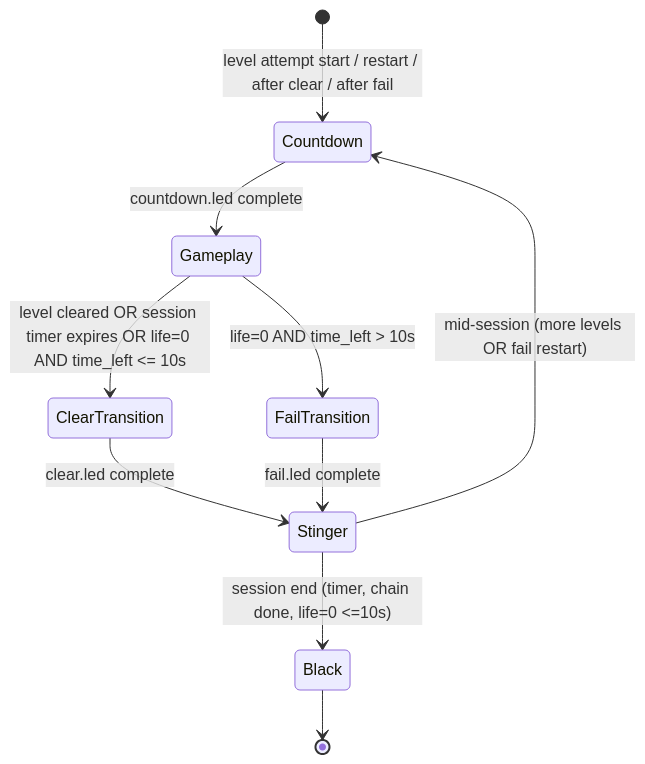
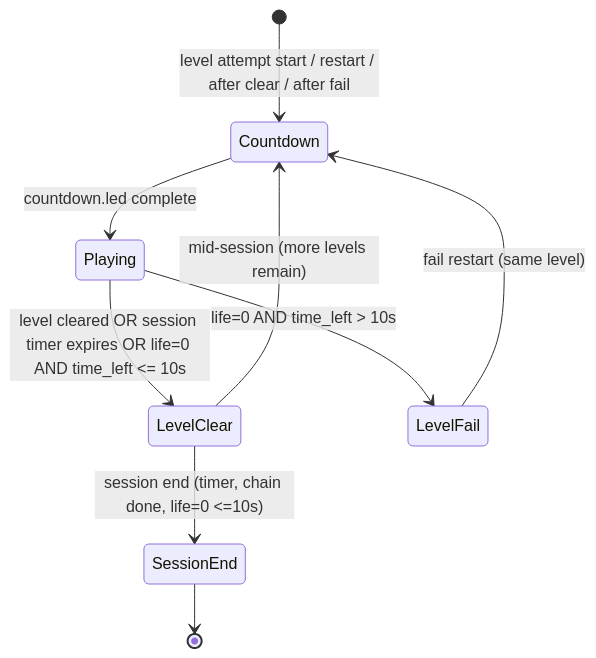
Before and after one commit to LedVerseGameSimulators/led-laser: the diagram in docs/EFFECTS_IMPLEMENTATION_PLAN.md, drawn with Mermaid. The commit also changed other lines of this file, not shown here.

````diff
--- a/docs/EFFECTS_IMPLEMENTATION_PLAN.md
+++ b/docs/EFFECTS_IMPLEMENTATION_PLAN.md
@@ -131,12 +141,11 @@
 ```mermaid
 stateDiagram-v2
     [*] --> Countdown: level attempt start / restart / after clear / after fail
-    Countdown --> Gameplay: countdown.led complete
-    Gameplay --> ClearTransition: level cleared OR session timer expires OR life=0 AND time_left <= 10s
-    Gameplay --> FailTransition: life=0 AND time_left > 10s
-    ClearTransition --> Stinger: clear.led complete
-    FailTransition --> Stinger: fail.led complete
-    Stinger --> Countdown: mid-session (more levels OR fail restart)
-    Stinger --> Black: session end (timer, chain done, life=0 <=10s)
-    Black --> [*]
+    Countdown --> Playing: countdown.led complete
+    Playing --> LevelClear: level cleared OR session timer expires OR life=0 AND time_left <= 10s
+    Playing --> LevelFail: life=0 AND time_left > 10s
+    LevelClear --> Countdown: mid-session (more levels remain)
+    LevelFail --> Countdown: fail restart (same level)
+    LevelClear --> SessionEnd: session end (timer, chain done, life=0 <=10s)
+    SessionEnd --> [*]
 ```
````
